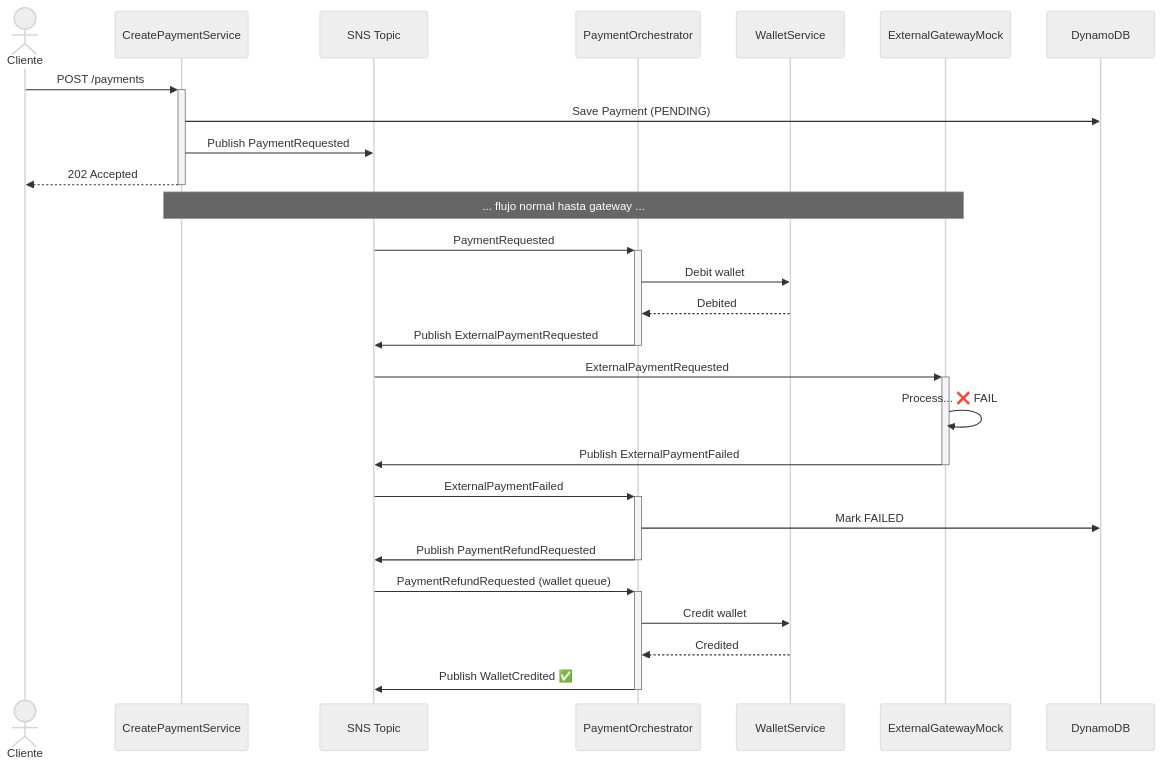
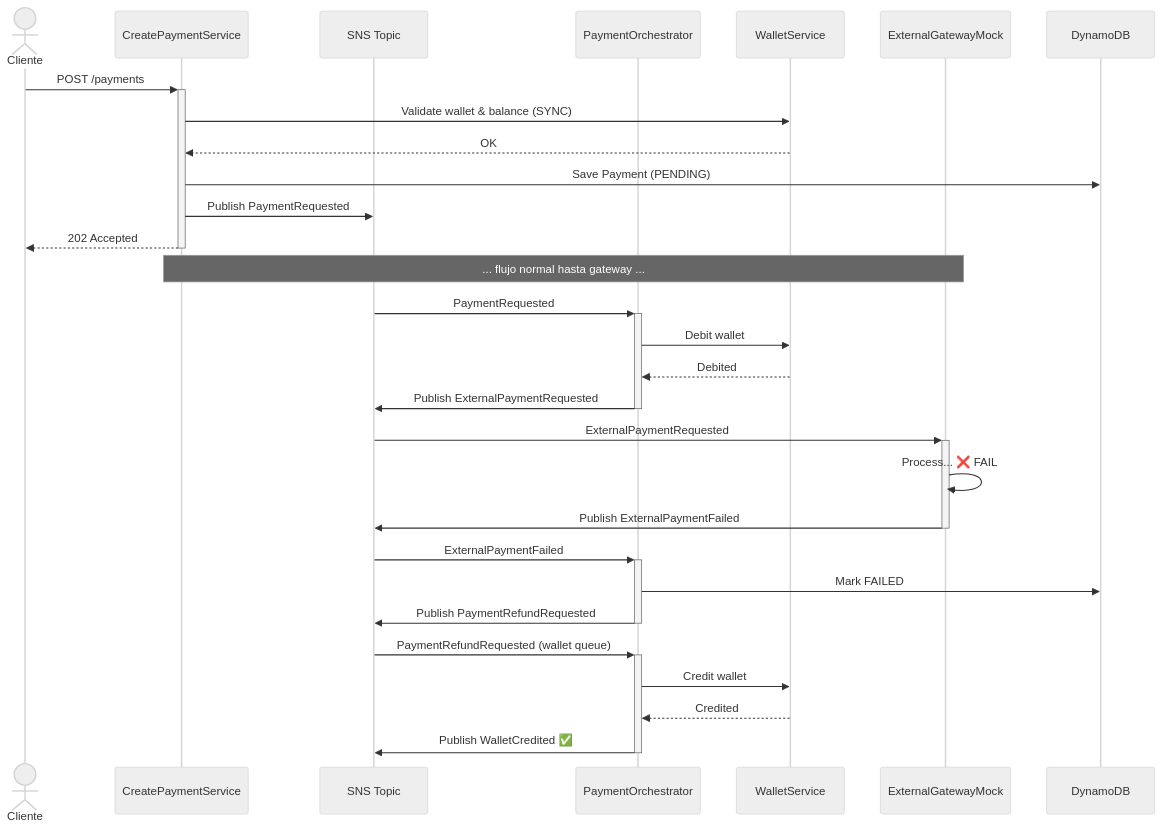
One commit to frankko93/payment-api changed the second of 7 diagrams in docs/diagramas.md. Above: the diagram before and after it, drawn with Mermaid (neutral theme). The commit also changed other lines of this file and 5 other files, not shown here.

````diff
--- a/docs/diagramas.md
+++ b/docs/diagramas.md
@@ -44,39 +44,41 @@
 ```mermaid
 sequenceDiagram
     actor Cliente
     participant API as CreatePaymentService
     participant SNS as SNS Topic
     participant PO as PaymentOrchestrator
     participant Wallet as WalletService
     participant Gateway as ExternalGatewayMock
     participant DB as DynamoDB
 
     Cliente->>+API: POST /payments
+    API->>Wallet: Validate wallet & balance (SYNC)
+    Wallet-->>API: OK
     API->>DB: Save Payment (PENDING)
     API->>SNS: Publish PaymentRequested
     API-->>-Cliente: 202 Accepted
     
     Note over API,Gateway: ... flujo normal hasta gateway ...
     
     SNS->>+PO: PaymentRequested
     PO->>Wallet: Debit wallet
     Wallet-->>PO: Debited
     PO->>SNS: Publish ExternalPaymentRequested
     deactivate PO
     
     SNS->>+Gateway: ExternalPaymentRequested
     Gateway->>Gateway: Process... ❌ FAIL
     Gateway->>SNS: Publish ExternalPaymentFailed
     deactivate Gateway
     
     SNS->>+PO: ExternalPaymentFailed
     PO->>DB: Mark FAILED
     PO->>SNS: Publish PaymentRefundRequested
     deactivate PO
     
     SNS->>+PO: PaymentRefundRequested (wallet queue)
     PO->>Wallet: Credit wallet
     Wallet-->>PO: Credited
     PO->>SNS: Publish WalletCredited ✅
     deactivate PO
 ```
````
